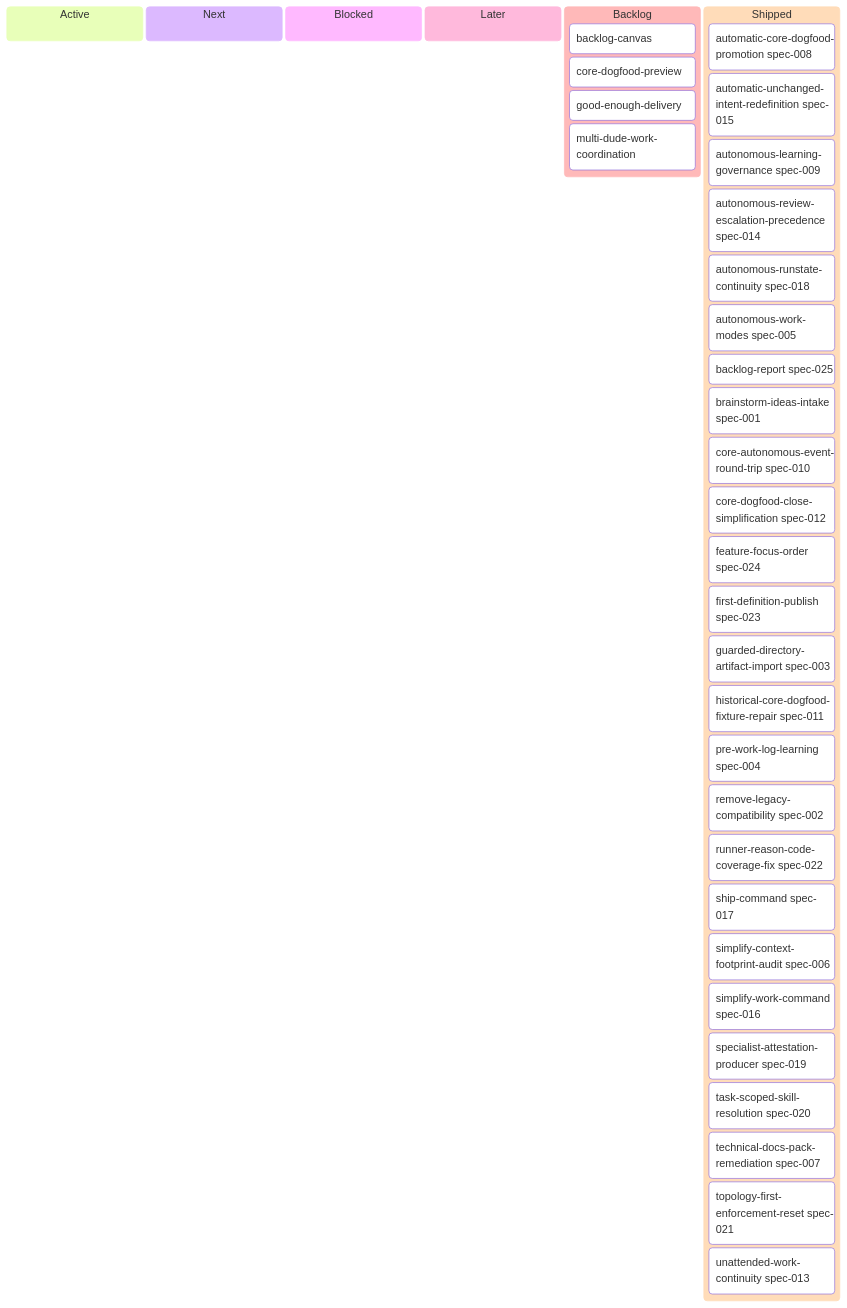
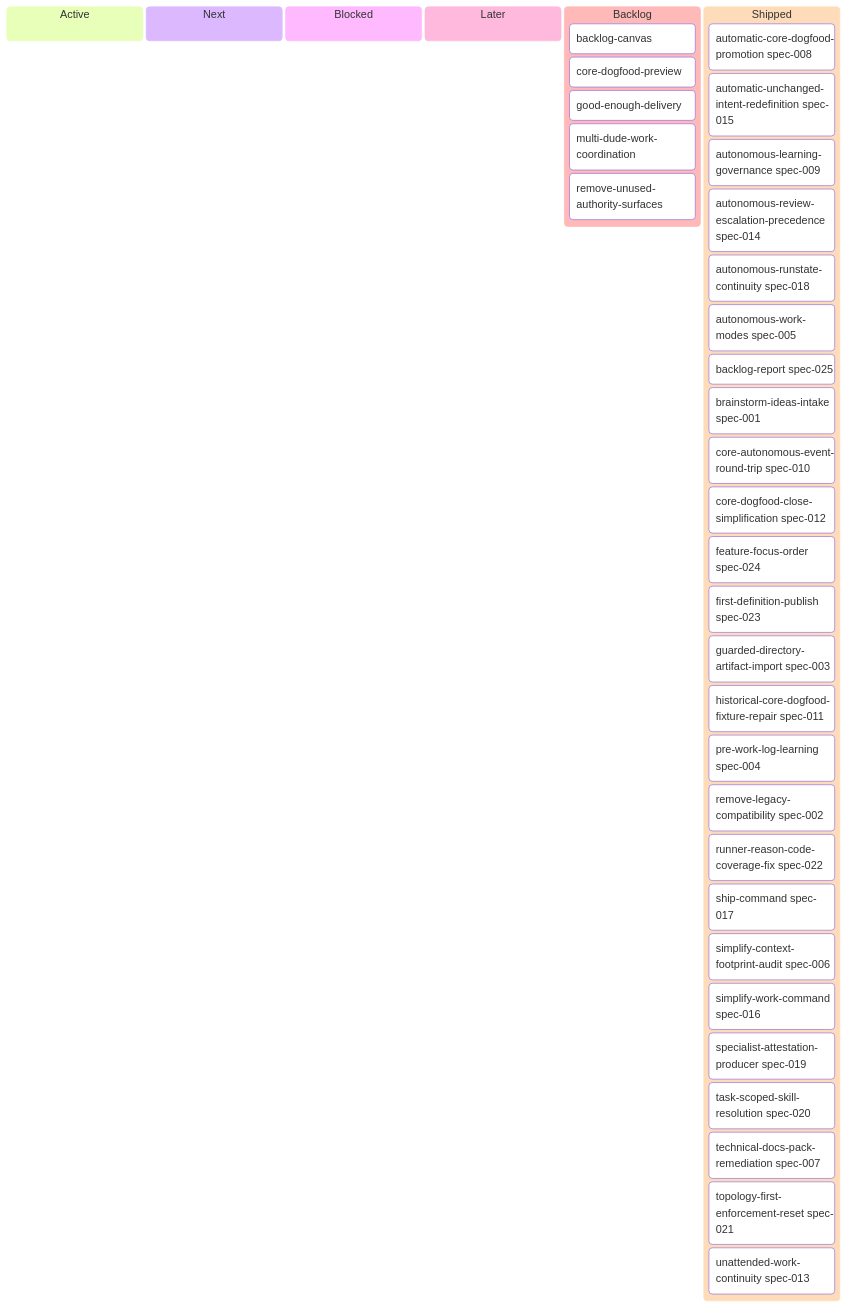
The diagram in .dude/backlog.md (E-G-C/dude), drawn with Mermaid before and after one commit. The commit also changed other lines of this file and 2 other files, not shown here.

First line of the commit message:
docs(idea): capture removal of unused authority surfaces

````diff
--- a/.dude/backlog.md
+++ b/.dude/backlog.md
@@ -58,38 +59,39 @@
 ```mermaid
 kanban
   active[Active]
   next[Next]
   blocked[Blocked]
   later[Later]
   backlog[Backlog]
     backlog-canvas[backlog-canvas]
     core-dogfood-preview[core-dogfood-preview]
     good-enough-delivery[good-enough-delivery]
     multi-dude-work-coordination[multi-dude-work-coordination]
+    remove-unused-authority-surfaces[remove-unused-authority-surfaces]
   shipped[Shipped]
     automatic-core-dogfood-promotion[automatic-core-dogfood-promotion spec-008]
     automatic-unchanged-intent-redefinition[automatic-unchanged-intent-redefinition spec-015]
     autonomous-learning-governance[autonomous-learning-governance spec-009]
     autonomous-review-escalation-precedence[autonomous-review-escalation-precedence spec-014]
     autonomous-runstate-continuity[autonomous-runstate-continuity spec-018]
     autonomous-work-modes[autonomous-work-modes spec-005]
     backlog-report[backlog-report spec-025]
     brainstorm-ideas-intake[brainstorm-ideas-intake spec-001]
     core-autonomous-event-round-trip[core-autonomous-event-round-trip spec-010]
     core-dogfood-close-simplification[core-dogfood-close-simplification spec-012]
     feature-focus-order[feature-focus-order spec-024]
     first-definition-publish[first-definition-publish spec-023]
     guarded-directory-artifact-import[guarded-directory-artifact-import spec-003]
     historical-core-dogfood-fixture-repair[historical-core-dogfood-fixture-repair spec-011]
     pre-work-log-learning[pre-work-log-learning spec-004]
     remove-legacy-compatibility[remove-legacy-compatibility spec-002]
     runner-reason-code-coverage-fix[runner-reason-code-coverage-fix spec-022]
     ship-command[ship-command spec-017]
     simplify-context-footprint-audit[simplify-context-footprint-audit spec-006]
     simplify-work-command[simplify-work-command spec-016]
     specialist-attestation-producer[specialist-attestation-producer spec-019]
     task-scoped-skill-resolution[task-scoped-skill-resolution spec-020]
     technical-docs-pack-remediation[technical-docs-pack-remediation spec-007]
     topology-first-enforcement-reset[topology-first-enforcement-reset spec-021]
     unattended-work-continuity[unattended-work-continuity spec-013]
 ```
````
